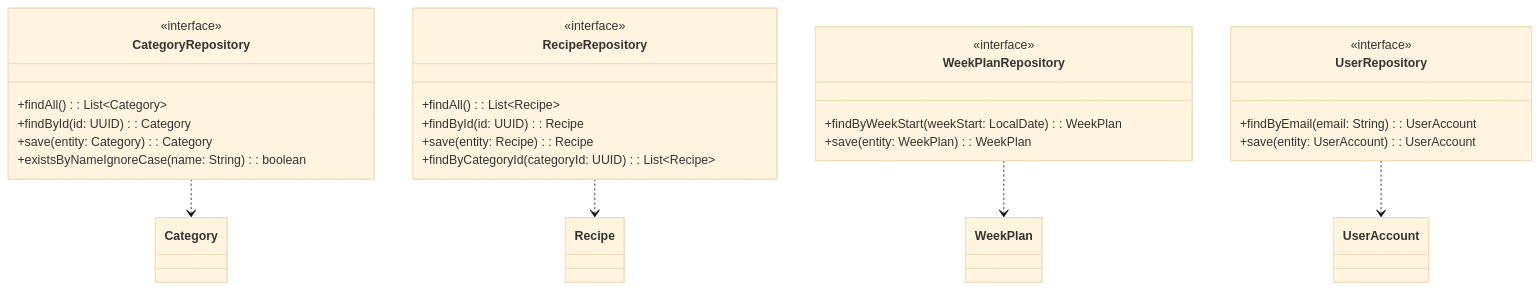
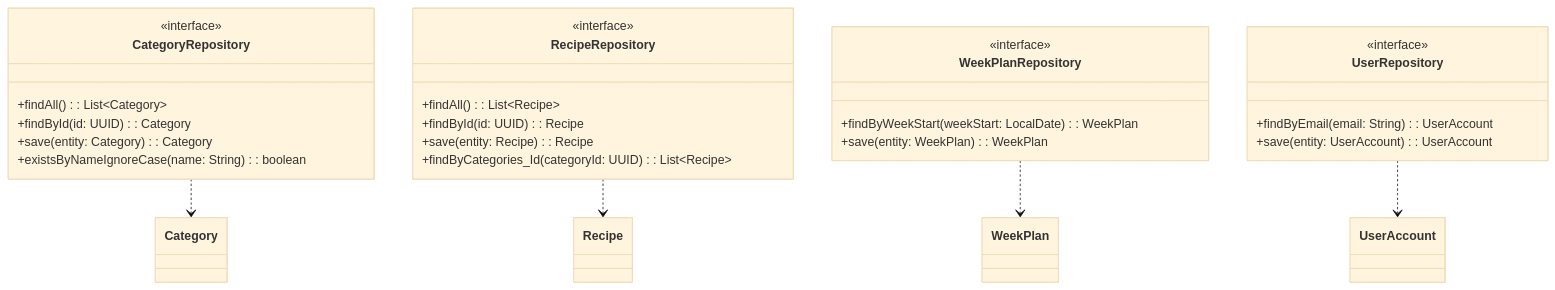
The diagram in Class-diagrams/backend-diagrams/Backend_Persistence_Class_Diagram.md (Nom-Nom-Now/docs), drawn with Mermaid (base theme) before and after one commit. The commit also changed 2 other files, not shown here.

Commit message:
docs(Class diagrams): show recipe–category collections, add week-plan assignments, fix DayAssignment multiplicities, consolidate write DTOs, and align week-plan signatures plus frontend ID-based references.

````diff
--- a/Class-diagrams/backend-diagrams/Backend_Persistence_Class_Diagram.md
+++ b/Class-diagrams/backend-diagrams/Backend_Persistence_Class_Diagram.md
@@ -3,39 +3,40 @@
 ```mermaid
+
 classDiagram
 direction TB
 
 class CategoryRepository {
   <<interface>>
   +findAll(): List~Category~
   +findById(id: UUID): Category
   +save(entity: Category): Category
   +existsByNameIgnoreCase(name: String): boolean
 }
 class RecipeRepository {
   <<interface>>
   +findAll(): List~Recipe~
   +findById(id: UUID): Recipe
   +save(entity: Recipe): Recipe
-  +findByCategoryId(categoryId: UUID): List~Recipe~
+  +findByCategories_Id(categoryId: UUID): List~Recipe~
 }
 class WeekPlanRepository {
   <<interface>>
   +findByWeekStart(weekStart: LocalDate): WeekPlan
   +save(entity: WeekPlan): WeekPlan
 }
 class UserRepository {
   <<interface>>
   +findByEmail(email: String): UserAccount
   +save(entity: UserAccount): UserAccount
 }
 
 class Category
 class Recipe
 class WeekPlan
 class UserAccount
 
 CategoryRepository ..> Category
 RecipeRepository ..> Recipe
 WeekPlanRepository ..> WeekPlan
 UserRepository ..> UserAccount
 ```
````
